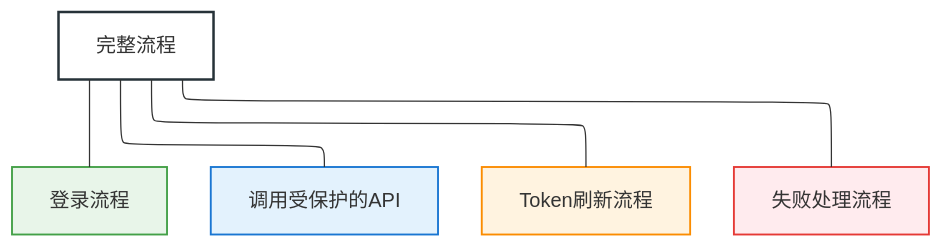
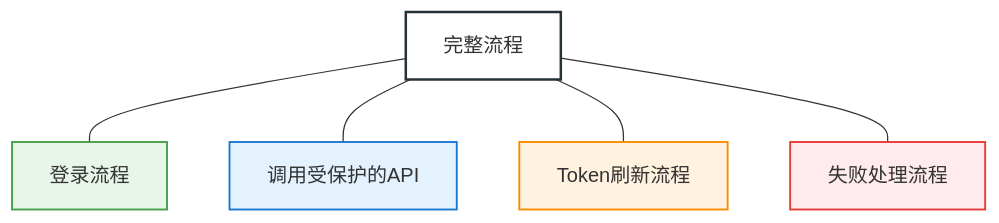
The third of 7 diagrams in zh-CN/manual/two_tokens.md (changweihua/changweihua.github.io), drawn with Mermaid before and after one commit. The commit also changed other lines of this file and 97 other files, not shown here.

````diff
--- a/zh-CN/manual/two_tokens.md
+++ b/zh-CN/manual/two_tokens.md
@@ -58,25 +58,25 @@
 ```mermaid
-flowchart-elk TB
+flowchart TB
     A[完整流程] --- B[登录流程]
     A --- C[调用受保护的API]
     A --- D[Token刷新流程]
     A --- E[失败处理流程]
 
     classDef box fill:none,stroke:#607D8B,stroke-dasharray:0
     classDef green fill:#E8F5E9,stroke:#43A047
     classDef blue fill:#E3F2FD,stroke:#1976D2
     classDef orange fill:#FFF3E0,stroke:#FB8C00
     classDef red fill:#FFEBEE,stroke:#E53935
 
     class A box
     class B green
     class C blue
     class D orange
     class E red
 
     style A stroke-width:2px,stroke:#263238
     style B stroke-width:1.5px
     style C stroke-width:1.5px
     style D stroke-width:1.5px
     style E stroke-width:1.5px
 ```
````
